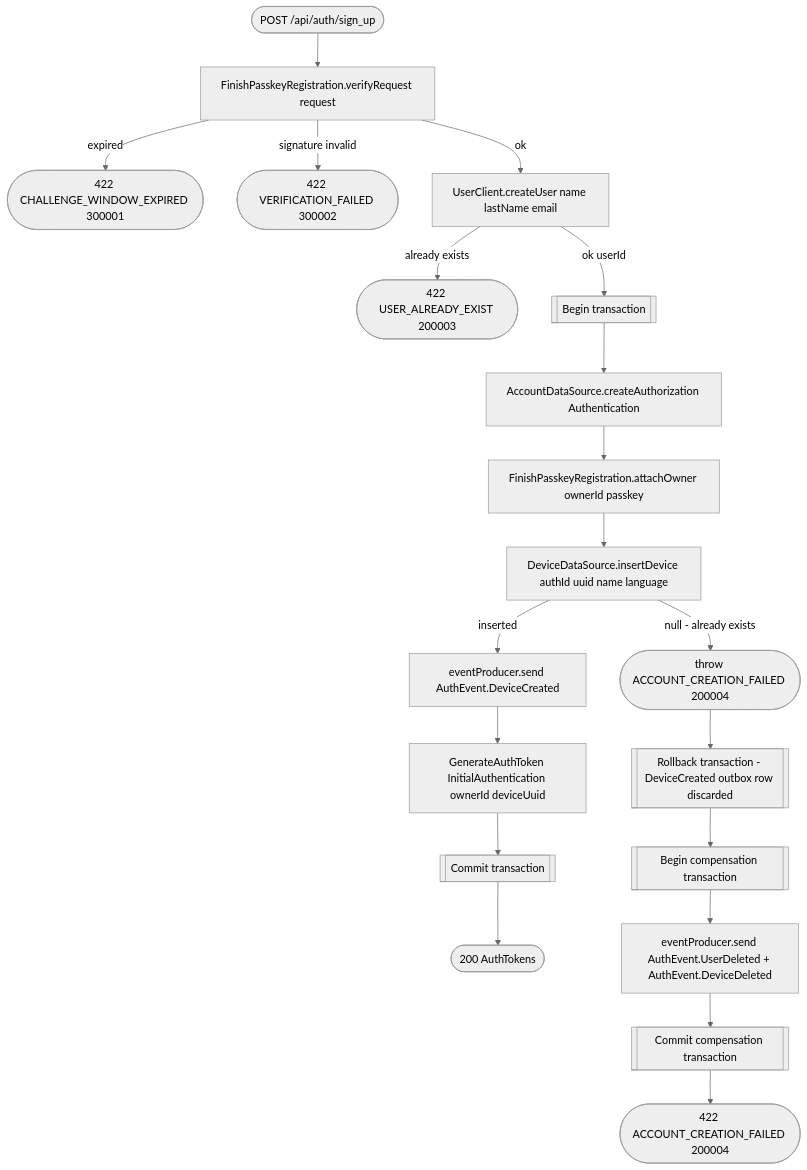
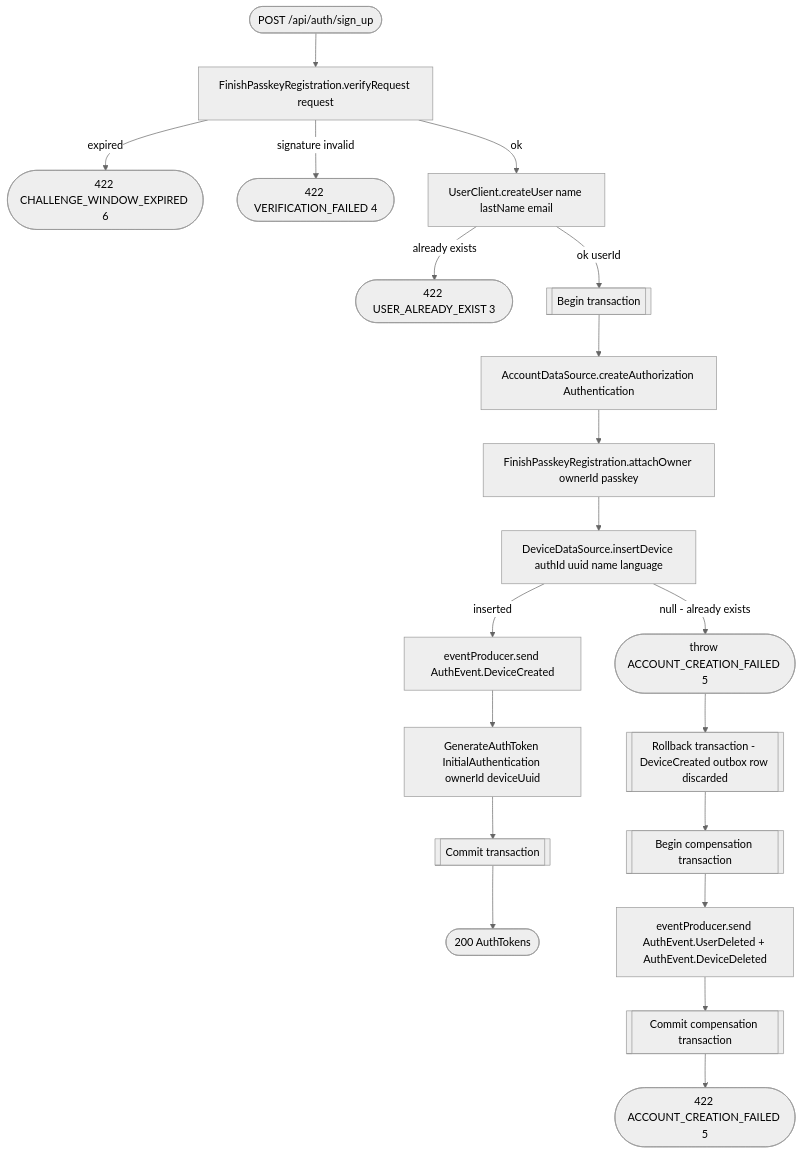
One commit to nocturneproperties/bookkme changed the diagram in docs/operations/authorization/sign-up.md. Above: the diagram before and after it, drawn with Mermaid (neutral theme). The commit also changed 97 other files, not shown here.

````diff
--- a/docs/operations/authorization/sign-up.md
+++ b/docs/operations/authorization/sign-up.md
@@ -16,22 +16,22 @@
 ```mermaid
 flowchart TD
     Start([POST /api/auth/sign_up]) --> Verify[FinishPasskeyRegistration.verifyRequest request]
-    Verify -- expired --> R422a([422 CHALLENGE_WINDOW_EXPIRED 300001])
-    Verify -- signature invalid --> R422b([422 VERIFICATION_FAILED 300002])
+    Verify -- expired --> R422a([422 CHALLENGE_WINDOW_EXPIRED 6])
+    Verify -- signature invalid --> R422b([422 VERIFICATION_FAILED 4])
     Verify -- ok --> CreateUser[UserClient.createUser name lastName email]
-    CreateUser -- already exists --> R422c([422 USER_ALREADY_EXIST 200003])
+    CreateUser -- already exists --> R422c([422 USER_ALREADY_EXIST 3])
     CreateUser -- ok userId --> Tx[[Begin transaction]]
     Tx --> CreateAuth[AccountDataSource.createAuthorization Authentication]
     CreateAuth --> AttachOwner[FinishPasskeyRegistration.attachOwner ownerId passkey]
     AttachOwner --> InsertDevice[DeviceDataSource.insertDevice authId uuid name language]
-    InsertDevice -- null - already exists --> Fail1([throw ACCOUNT_CREATION_FAILED 200004])
+    InsertDevice -- null - already exists --> Fail1([throw ACCOUNT_CREATION_FAILED 5])
     InsertDevice -- inserted --> DeviceEvent[eventProducer.send AuthEvent.DeviceCreated]
     DeviceEvent --> GenToken[GenerateAuthToken InitialAuthentication ownerId deviceUuid]
     GenToken --> TxEnd[[Commit transaction]]
     TxEnd --> R200([200 AuthTokens])
     Fail1 --> Rollback[[Rollback transaction - DeviceCreated outbox row discarded]]
     Rollback --> CompTx[[Begin compensation transaction]]
     CompTx --> Compensate[eventProducer.send AuthEvent.UserDeleted + AuthEvent.DeviceDeleted]
     Compensate --> CompEnd[[Commit compensation transaction]]
-    CompEnd --> R422d([422 ACCOUNT_CREATION_FAILED 200004])
+    CompEnd --> R422d([422 ACCOUNT_CREATION_FAILED 5])
 ```
````
